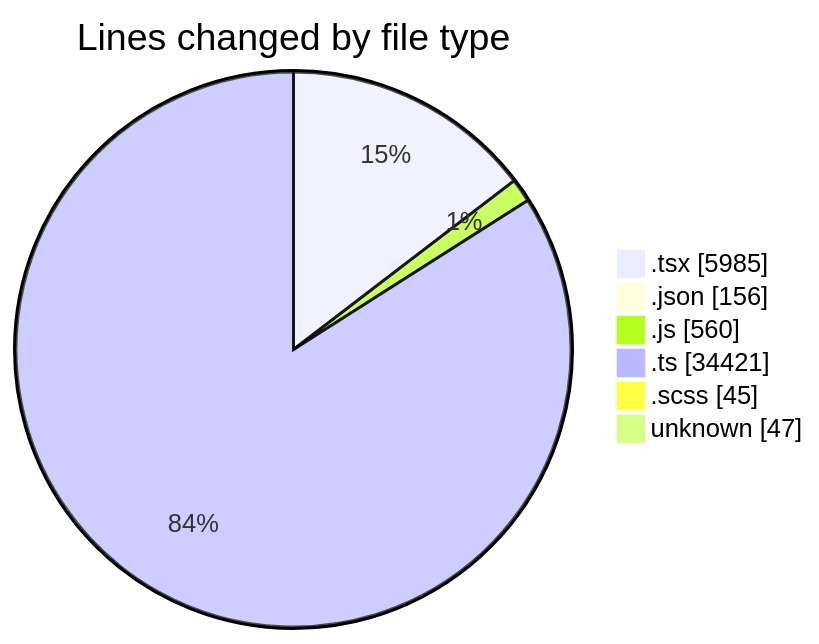
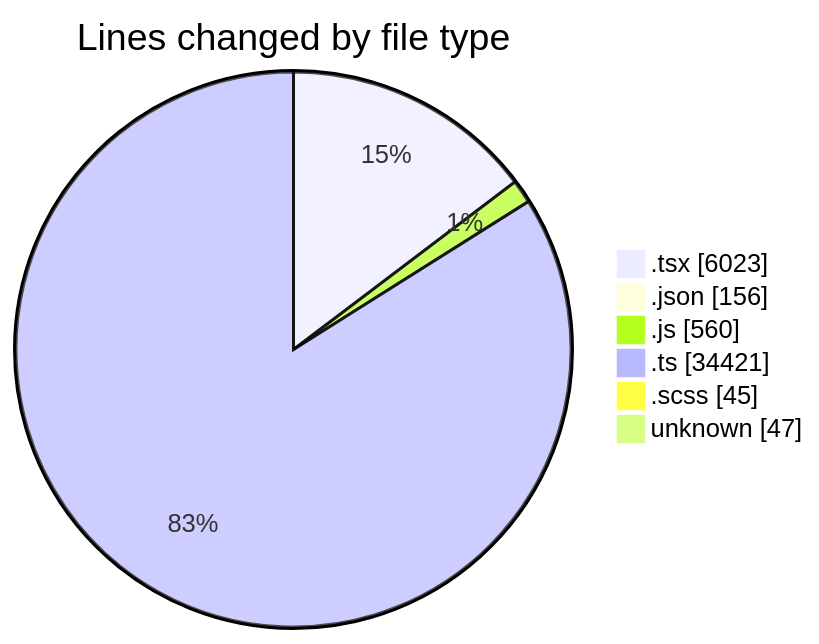
One commit to momahboobian/code-tracking changed the first of 2 diagrams in 2025-11-10/cda/README.md. Above: the diagram before and after it, drawn with Mermaid. The commit also changed other lines of this file and 1 other file, not shown here.

````diff
--- a/2025-11-10/cda/README.md
+++ b/2025-11-10/cda/README.md
@@ -48,10 +48,10 @@
 ```mermaid
 pie showData
 title Lines changed by file type
-".tsx" : 5985
+".tsx" : 6023
 ".json" : 156
 ".js" : 560
 ".ts" : 34421
 ".scss" : 45
 "unknown" : 47
 ```
````
